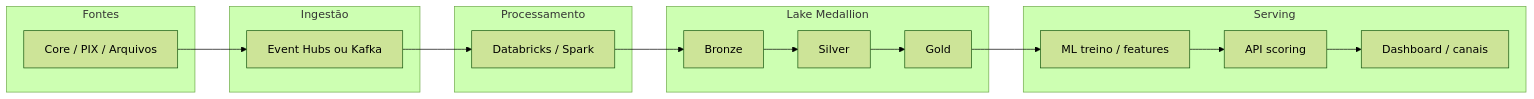
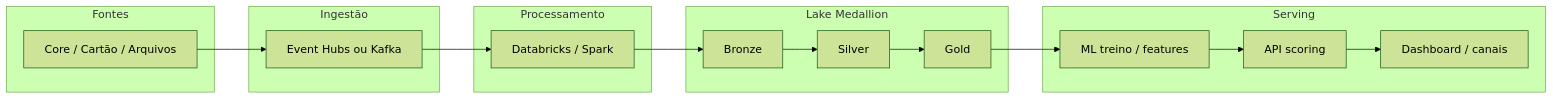
Before and after one commit to jeronimo0007/datamasterv2: the diagram in readme.md, drawn with Mermaid (forest theme). The commit also changed other lines of this file and 53 other files, not shown here.

````diff
--- a/readme.md
+++ b/readme.md
@@ -98,23 +98,23 @@
 ```mermaid
 graph LR
     subgraph fontes [Fontes]
-        A[Core / PIX / Arquivos]
+        A[Core / Cartão / Arquivos]
     end
     subgraph ingestao [Ingestão]
         B[Event Hubs ou Kafka]
     end
     subgraph processamento [Processamento]
         C[Databricks / Spark]
     end
     subgraph lake [Lake Medallion]
         D[Bronze]
         E[Silver]
         F[Gold]
     end
     subgraph serving [Serving]
         G[ML treino / features]
         H[API scoring]
         I[Dashboard / canais]
     end
     A --> B --> C --> D --> E --> F --> G --> H --> I
 ```
````
